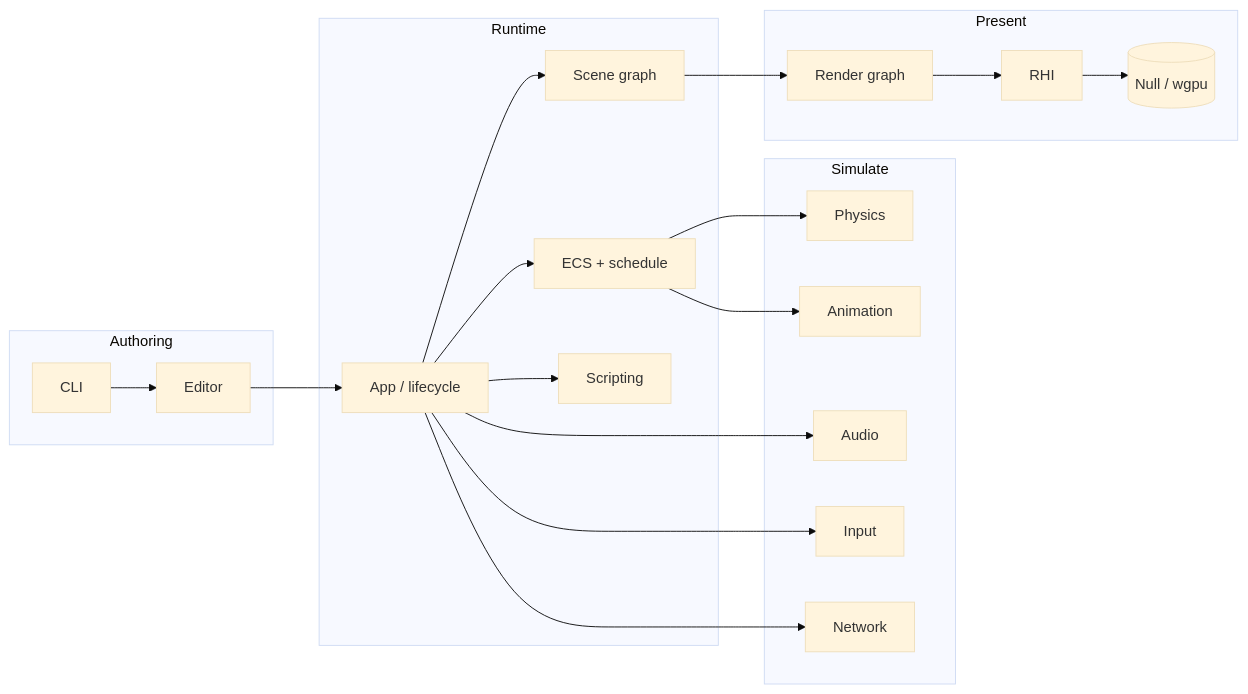
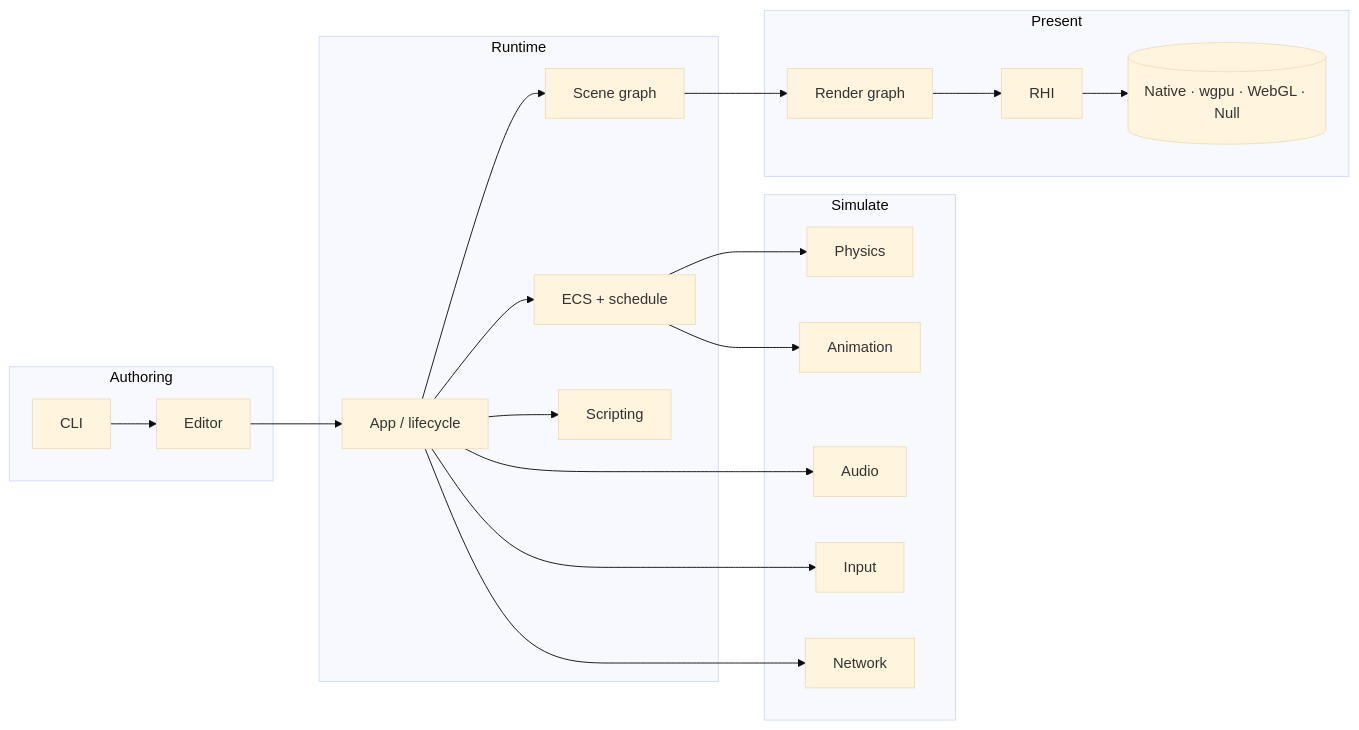
Before and after one commit to ReinhardBehrens/shiloh3d: the diagram in docs/PREMIUM.md, drawn with Mermaid (base theme). The commit also changed other lines of this file and 27 other files, not shown here.

````diff
--- a/docs/PREMIUM.md
+++ b/docs/PREMIUM.md
@@ -38,42 +42,42 @@
 ```mermaid
 flowchart LR
   subgraph Authoring
     CLI[CLI]
     Editor[Editor]
   end
 
   subgraph Runtime
     App[App / lifecycle]
     ECS[ECS + schedule]
     Scene[Scene graph]
     Scripts[Scripting]
   end
 
   subgraph Simulate
     Phys[Physics]
     Anim[Animation]
     Audio[Audio]
     Input[Input]
     Net[Network]
   end
 
   subgraph Present
     Graph[Render graph]
     RHI[RHI]
-    GPU[(Null / wgpu)]
+    GPU[(Native · wgpu · WebGL · Null)]
   end
 
   CLI --> Editor
   Editor --> App
   App --> ECS
   App --> Scene
   App --> Scripts
   App --> Input
   ECS --> Phys
   ECS --> Anim
   Scene --> Graph
   Graph --> RHI
   RHI --> GPU
   App --> Audio
   App --> Net
 ```
````
